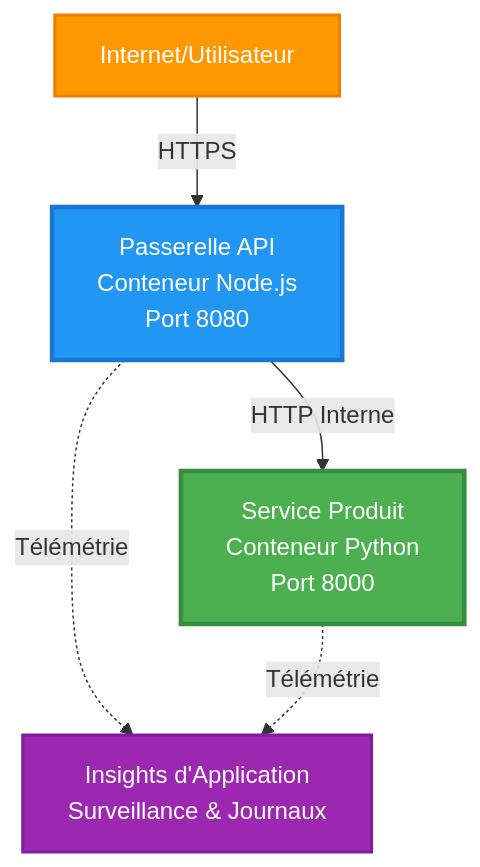
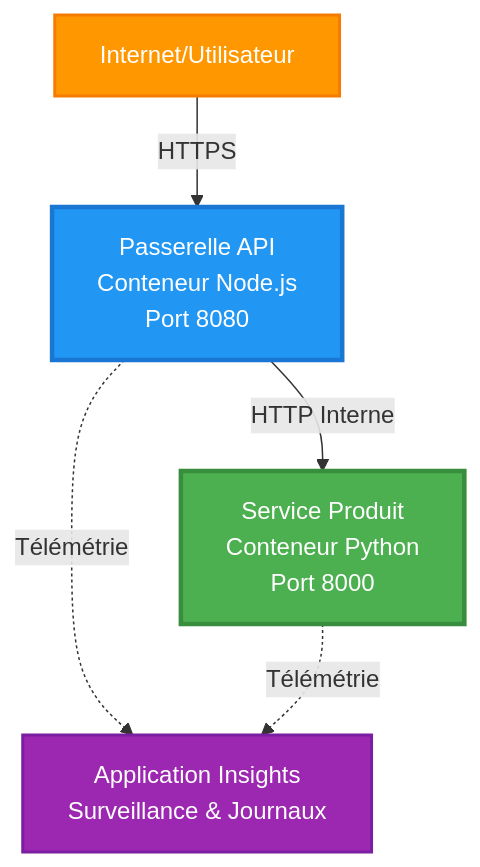
Before and after one commit to microsoft/AZD-for-beginners: the first of 4 diagrams in translations/fr/examples/microservices/README.md, drawn with Mermaid. The commit also changed other lines of this file and 282 other files, not shown here.

````diff
--- a/translations/fr/examples/microservices/README.md
+++ b/translations/fr/examples/microservices/README.md
@@ -40,17 +31,17 @@
 ```mermaid
 graph TB
     Internet[Internet/Utilisateur]
     Gateway[Passerelle API<br/>Conteneur Node.js<br/>Port 8080]
     Product[Service Produit<br/>Conteneur Python<br/>Port 8000]
-    AppInsights[Insights d'Application<br/>Surveillance & Journaux]
+    AppInsights[Application Insights<br/>Surveillance & Journaux]
     
     Internet -->|HTTPS| Gateway
     Gateway -->|HTTP Interne| Product
     Gateway -.->|Télémétrie| AppInsights
     Product -.->|Télémétrie| AppInsights
     
     style Gateway fill:#2196F3,stroke:#1976D2,stroke-width:3px,color:#fff
     style Product fill:#4CAF50,stroke:#388E3C,stroke-width:3px,color:#fff
     style Internet fill:#FF9800,stroke:#F57C00,stroke-width:2px,color:#fff
     style AppInsights fill:#9C27B0,stroke:#7B1FA2,stroke-width:2px,color:#fff
 ```
````
